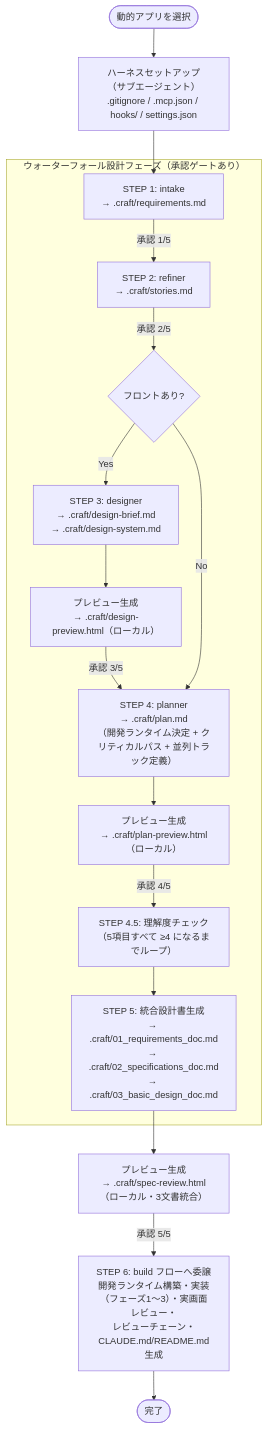
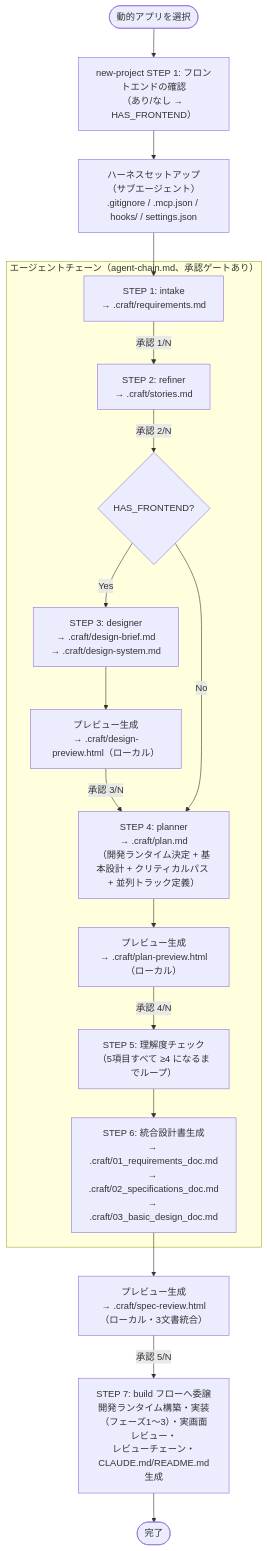
Before and after one commit to agaemo/dotfiles: the diagram in claude/skills/craft/flows/new-project/README.md, drawn with Mermaid. The commit also changed other lines of this file and 9 other files, not shown here.

````diff
--- a/claude/skills/craft/flows/new-project/README.md
+++ b/claude/skills/craft/flows/new-project/README.md
@@ -6,33 +6,36 @@
 ```mermaid
 flowchart TD
-    START([動的アプリを選択]) --> SETUP
+    START([動的アプリを選択]) --> S0
+
+    S0["new-project STEP 1: フロントエンドの確認\n（あり/なし → HAS_FRONTEND）"]
+    S0 --> SETUP
 
     SETUP["ハーネスセットアップ\n（サブエージェント）\n.gitignore / .mcp.json / hooks/ / settings.json"]
     SETUP --> S1
 
-    subgraph DESIGN["ウォーターフォール設計フェーズ（承認ゲートあり）"]
+    subgraph DESIGN["エージェントチェーン（agent-chain.md、承認ゲートあり）"]
         S1["STEP 1: intake\n→ .craft/requirements.md"]
-        S1 -->|承認 1/5| S2
+        S1 -->|承認 1/N| S2
         S2["STEP 2: refiner\n→ .craft/stories.md"]
-        S2 -->|承認 2/5| S3_CHECK
+        S2 -->|承認 2/N| S3_CHECK
 
-        S3_CHECK{フロントあり?}
+        S3_CHECK{HAS_FRONTEND?}
         S3_CHECK -->|Yes| S3["STEP 3: designer\n→ .craft/design-brief.md\n→ .craft/design-system.md"]
         S3 --> S3P["プレビュー生成\n→ .craft/design-preview.html（ローカル）"]
-        S3P -->|承認 3/5| S4
+        S3P -->|承認 3/N| S4
         S3_CHECK -->|No| S4
 
-        S4["STEP 4: planner\n→ .craft/plan.md\n（開発ランタイム決定 + クリティカルパス + 並列トラック定義）"]
+        S4["STEP 4: planner\n→ .craft/plan.md\n（開発ランタイム決定 + 基本設計 + クリティカルパス + 並列トラック定義）"]
         S4 --> S4P["プレビュー生成\n→ .craft/plan-preview.html（ローカル）"]
-        S4P -->|承認 4/5| S45
-        S45["STEP 4.5: 理解度チェック\n（5項目すべて ≥4 になるまでループ）"]
+        S4P -->|承認 4/N| S45
+        S45["STEP 5: 理解度チェック\n（5項目すべて ≥4 になるまでループ）"]
         S45 --> S5
     end
 
-    S5["STEP 5: 統合設計書生成\n→ .craft/01_requirements_doc.md\n→ .craft/02_specifications_doc.md\n→ .craft/03_basic_design_doc.md"]
+    S5["STEP 6: 統合設計書生成\n→ .craft/01_requirements_doc.md\n→ .craft/02_specifications_doc.md\n→ .craft/03_basic_design_doc.md"]
     S5 --> S5P["プレビュー生成\n→ .craft/spec-review.html（ローカル・3文書統合）"]
-    S5P -->|承認 5/5| S6
+    S5P -->|承認 5/N| S6
 
-    S6["STEP 6: build フローへ委譲\n開発ランタイム構築・実装（フェーズ1〜3）・実画面レビュー・\nレビューチェーン・CLAUDE.md/README.md生成"]
+    S6["STEP 7: build フローへ委譲\n開発ランタイム構築・実装（フェーズ1〜3）・実画面レビュー・\nレビューチェーン・CLAUDE.md/README.md生成"]
     S6 --> END([完了])
 ```
````
